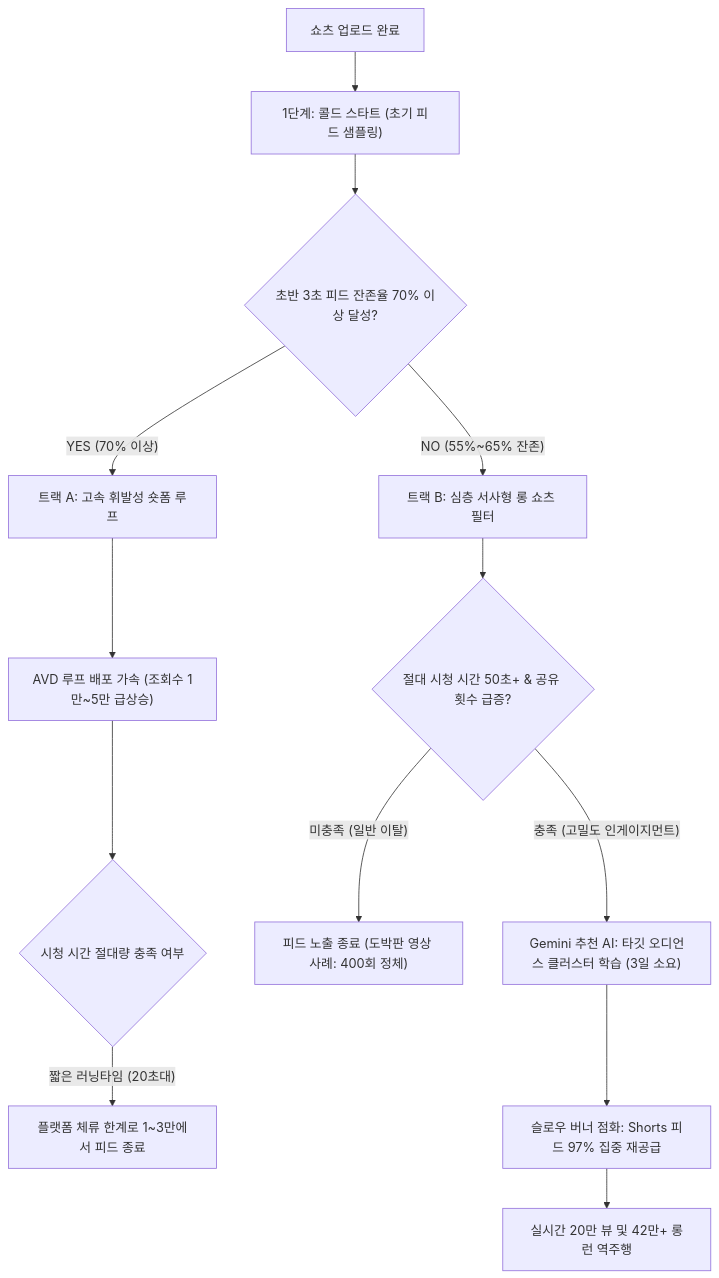
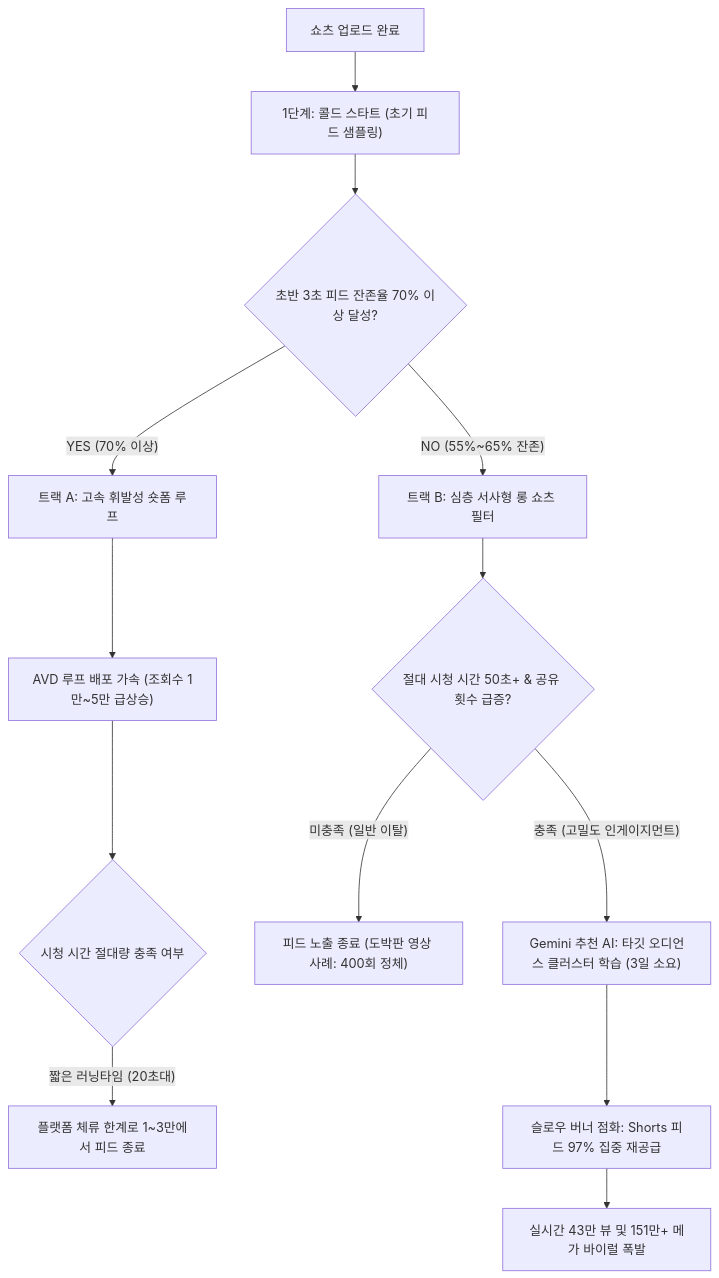
Before and after one commit to pandragun-sudo/Lumen-blog: the diagram in src/content/blog/2026-09-11-shorts-retention-vs-watch-time-share-algorithm.md, drawn with Mermaid. The commit also changed other lines of this file and 50 other files, not shown here.

````diff
--- a/src/content/blog/2026-09-11-shorts-retention-vs-watch-time-share-algorithm.md
+++ b/src/content/blog/2026-09-11-shorts-retention-vs-watch-time-share-algorithm.md
@@ -174,19 +227,19 @@
 ```mermaid
 flowchart TD
     Start["쇼츠 업로드 완료"] --> Phase1["1단계: 콜드 스타트 (초기 피드 샘플링)"]
     
     Phase1 --> DecisionA{"초반 3초 피드 잔존율 70% 이상 달성?"}
     
     DecisionA -- "YES (70% 이상)" --> PathA["트랙 A: 고속 휘발성 숏폼 루프"]
     PathA --> FastTrack["AVD 루프 배포 가속 (조회수 1만~5만 급상승)"]
     FastTrack --> EndCheckA{"시청 시간 절대량 충족 여부"}
     EndCheckA -- "짧은 러닝타임 (20초대)" --> CapA["플랫폼 체류 한계로 1~3만에서 피드 종료"]
     
     DecisionA -- "NO (55%~65% 잔존)" --> PathB["트랙 B: 심층 서사형 롱 쇼츠 필터"]
     PathB --> DeepCheck{"절대 시청 시간 50초+ & 공유 횟수 급증?"}
     
     DeepCheck -- "미충족 (일반 이탈)" --> Drop["피드 노출 종료 (도박판 영상 사례: 400회 정체)"]
     DeepCheck -- "충족 (고밀도 인게이지먼트)" --> ClusterAI["Gemini 추천 AI: 타깃 오디언스 클러스터 학습 (3일 소요)"]
     ClusterAI --> SlowBurn["슬로우 버너 점화: Shorts 피드 97% 집중 재공급"]
-    SlowBurn --> MegaViral["실시간 20만 뷰 및 42만+ 롱런 역주행"]
+    SlowBurn --> MegaViral["실시간 43만 뷰 및 151만+ 메가 바이럴 폭발"]
 ```
````
